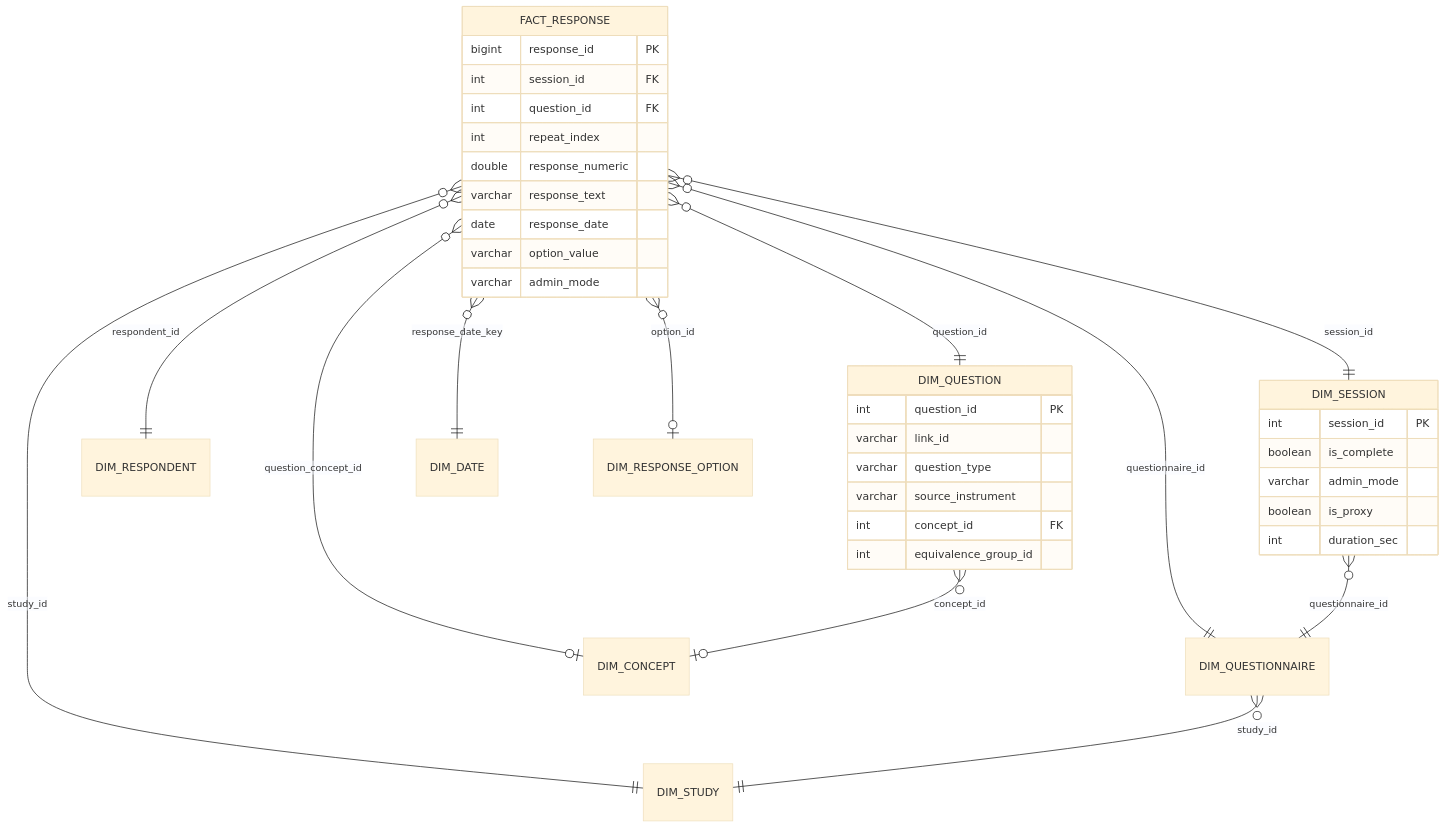
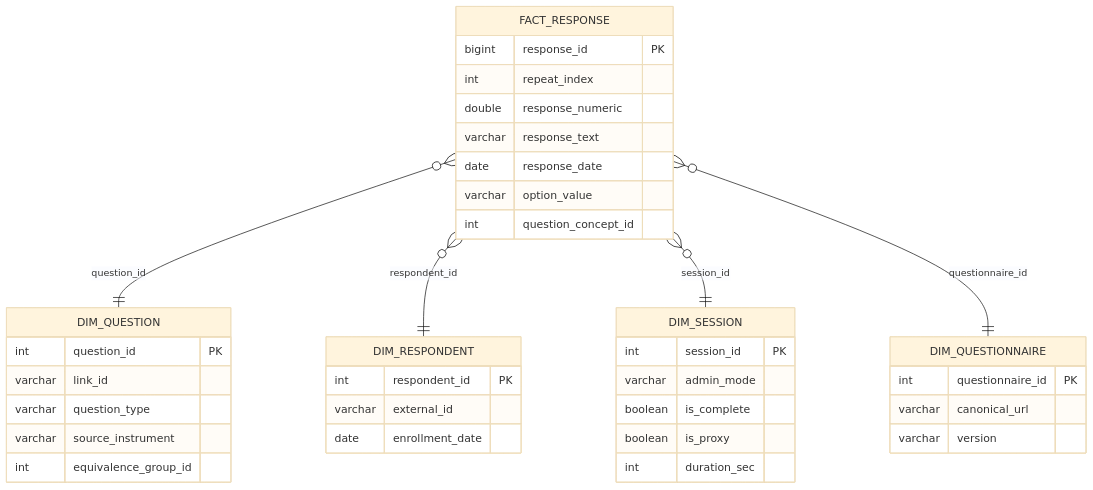
Before and after one commit to quickq-io/quickq: the diagram in docs/database/olap.md, drawn with Mermaid (base theme). The commit also changed other lines of this file and 1 other file, not shown here.

First line of the commit message:
Restructure database docs: core schema first, supporting tables below

````diff
--- a/docs/database/olap.md
+++ b/docs/database/olap.md
@@ -13,43 +15,41 @@
 ```mermaid
 erDiagram
     FACT_RESPONSE }o--|| DIM_QUESTION : question_id
     FACT_RESPONSE }o--|| DIM_RESPONDENT : respondent_id
     FACT_RESPONSE }o--|| DIM_SESSION : session_id
     FACT_RESPONSE }o--|| DIM_QUESTIONNAIRE : questionnaire_id
-    FACT_RESPONSE }o--|| DIM_STUDY : study_id
-    FACT_RESPONSE }o--|| DIM_DATE : response_date_key
-    FACT_RESPONSE }o--o| DIM_RESPONSE_OPTION : option_id
-    FACT_RESPONSE }o--o| DIM_CONCEPT : question_concept_id
-    DIM_QUESTIONNAIRE }o--|| DIM_STUDY : study_id
-    DIM_SESSION }o--|| DIM_QUESTIONNAIRE : questionnaire_id
-    DIM_QUESTION }o--o| DIM_CONCEPT : concept_id
 
     FACT_RESPONSE {
         bigint response_id PK
-        int session_id FK
-        int question_id FK
         int repeat_index
         double response_numeric
         varchar response_text
         date response_date
         varchar option_value
-        varchar admin_mode
+        int question_concept_id
     }
-
     DIM_QUESTION {
         int question_id PK
         varchar link_id
         varchar question_type
         varchar source_instrument
-        int concept_id FK
         int equivalence_group_id
     }
-
+    DIM_RESPONDENT {
+        int respondent_id PK
+        varchar external_id
+        date enrollment_date
+    }
     DIM_SESSION {
         int session_id PK
+        varchar admin_mode
         boolean is_complete
-        varchar admin_mode
         boolean is_proxy
         int duration_sec
     }
+    DIM_QUESTIONNAIRE {
+        int questionnaire_id PK
+        varchar canonical_url
+        varchar version
+    }
 ```
````
